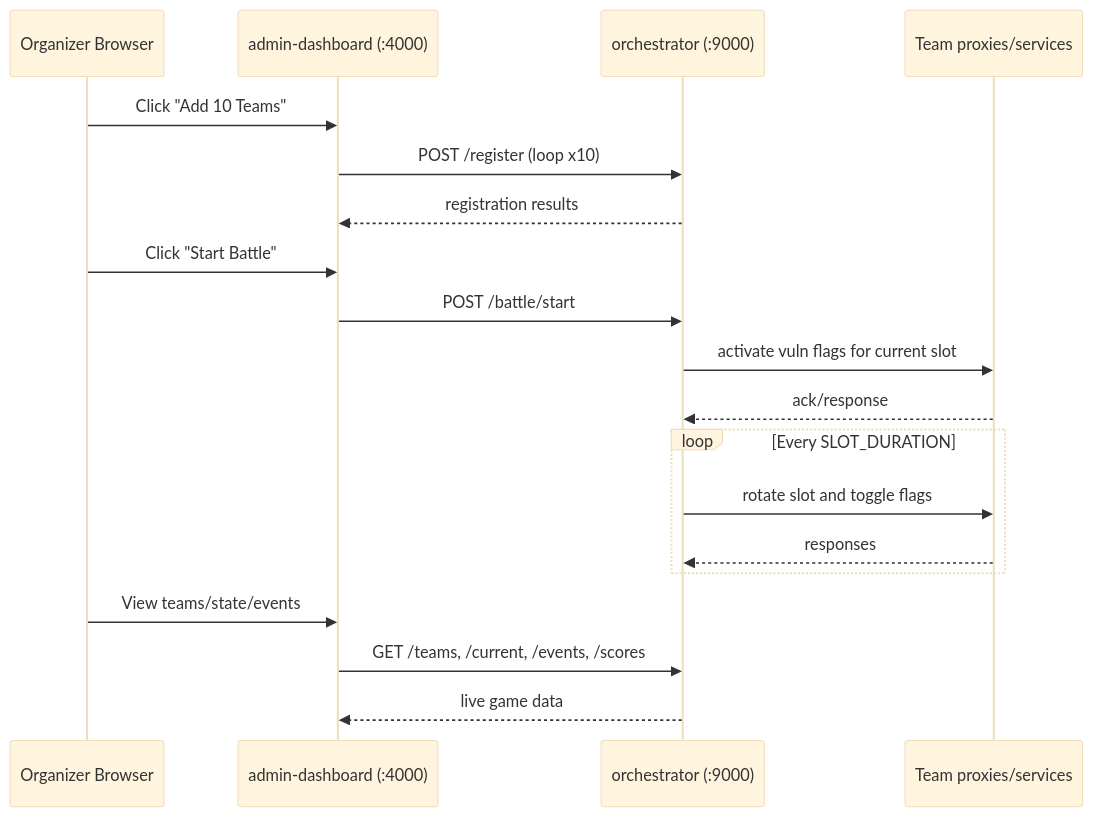
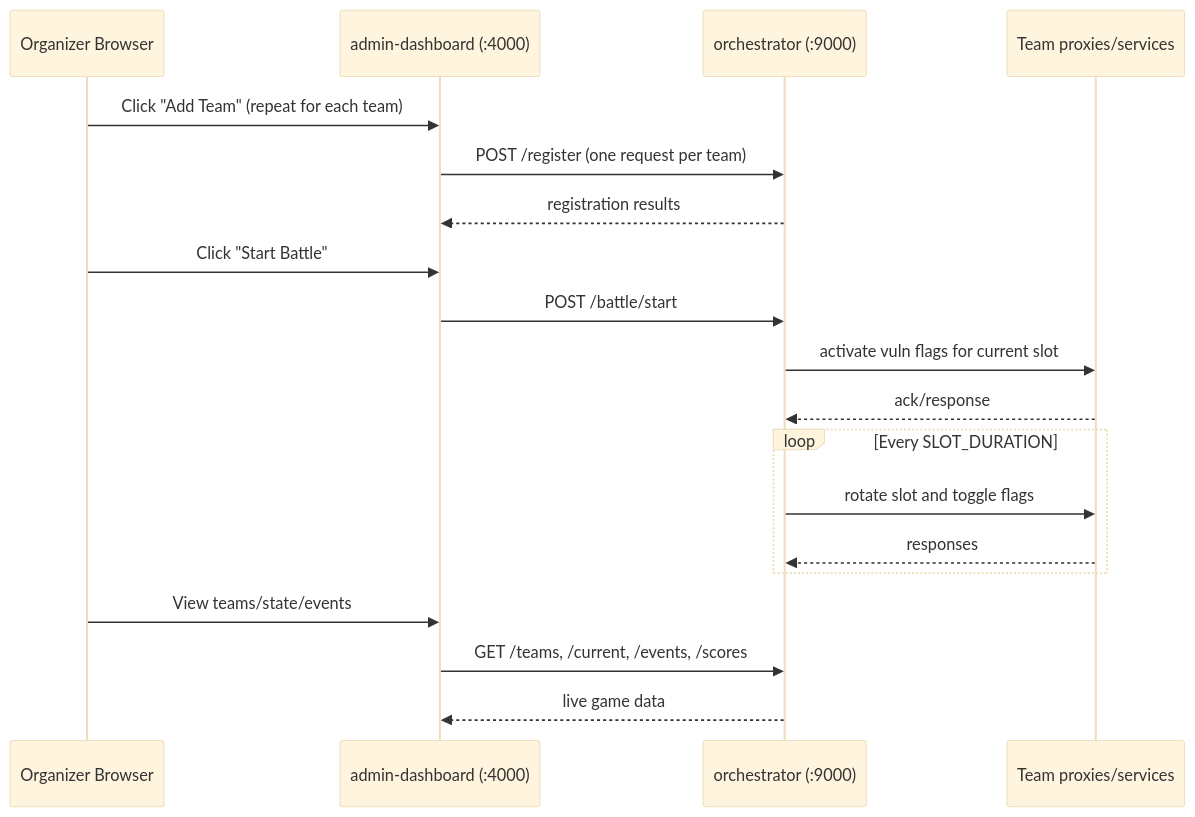
The eighth of 8 diagrams in README.md (maaahhdiii/hackathon-V2), drawn with Mermaid (base theme) before and after one commit. The commit also changed other lines of this file and 27 other files, not shown here.

````diff
--- a/README.md
+++ b/README.md
@@ -236,25 +236,25 @@
 ```mermaid
 sequenceDiagram
   participant Organizer as Organizer Browser
   participant AdminUI as admin-dashboard (:4000)
   participant Orch as orchestrator (:9000)
   participant Teams as Team proxies/services
 
-  Organizer->>AdminUI: Click "Add 10 Teams"
-  AdminUI->>Orch: POST /register (loop x10)
+  Organizer->>AdminUI: Click "Add Team" (repeat for each team)
+  AdminUI->>Orch: POST /register (one request per team)
   Orch-->>AdminUI: registration results
 
   Organizer->>AdminUI: Click "Start Battle"
   AdminUI->>Orch: POST /battle/start
   Orch->>Teams: activate vuln flags for current slot
   Teams-->>Orch: ack/response
 
   loop Every SLOT_DURATION
     Orch->>Teams: rotate slot and toggle flags
     Teams-->>Orch: responses
   end
 
   Organizer->>AdminUI: View teams/state/events
   AdminUI->>Orch: GET /teams, /current, /events, /scores
   Orch-->>AdminUI: live game data
 ```
````
